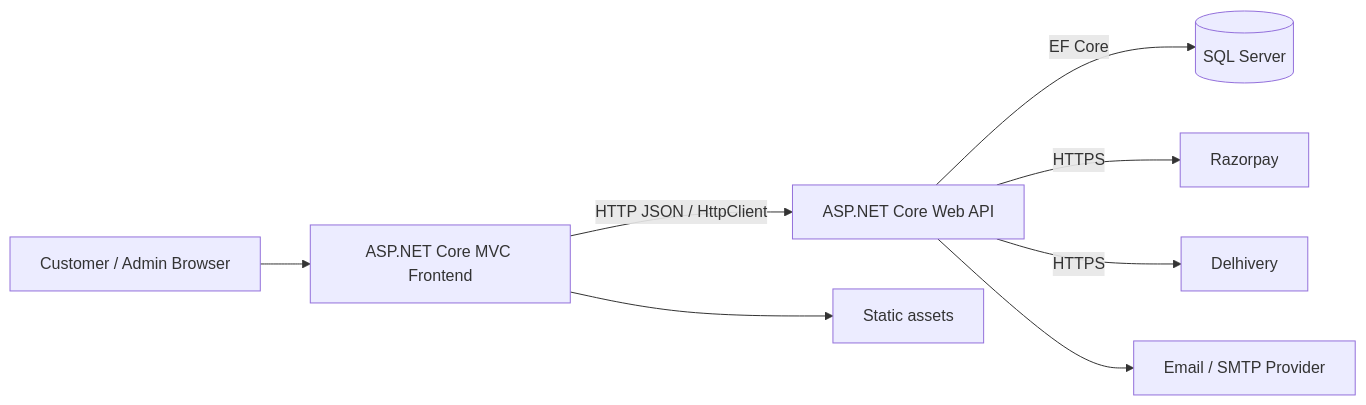
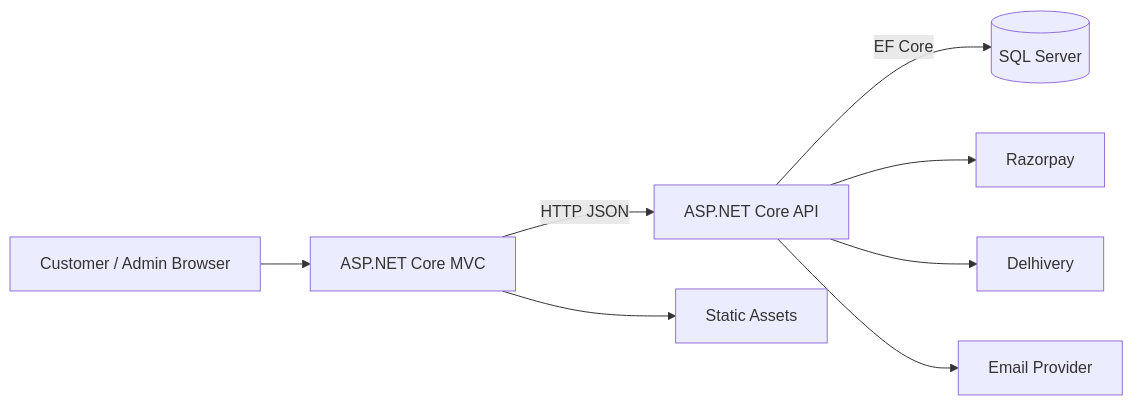
Before and after one commit to jaswanth5021/UbhayaFashions: the first of 2 diagrams in docs/ARCHITECTURE.md, drawn with Mermaid. The commit also changed other lines of this file, not shown here.

````diff
--- a/docs/ARCHITECTURE.md
+++ b/docs/ARCHITECTURE.md
@@ -14,10 +10,10 @@
 ```mermaid
 flowchart LR
-    U[Customer / Admin Browser] --> WEB[ASP.NET Core MVC Frontend]
-    WEB -->|HTTP JSON / HttpClient| API[ASP.NET Core Web API]
-    API -->|EF Core| DB[(SQL Server)]
-    API -->|HTTPS| RP[Razorpay]
-    API -->|HTTPS| DH[Delhivery]
-    API --> MAIL[Email / SMTP Provider]
-    WEB --> STATIC[Static assets]
+ U[Customer / Admin Browser] --> W[ASP.NET Core MVC]
+ W -->|HTTP JSON| A[ASP.NET Core API]
+ A -->|EF Core| DB[(SQL Server)]
+ A --> RP[Razorpay]
+ A --> DH[Delhivery]
+ A --> EM[Email Provider]
+ W --> AS[Static Assets]
 ```
````
